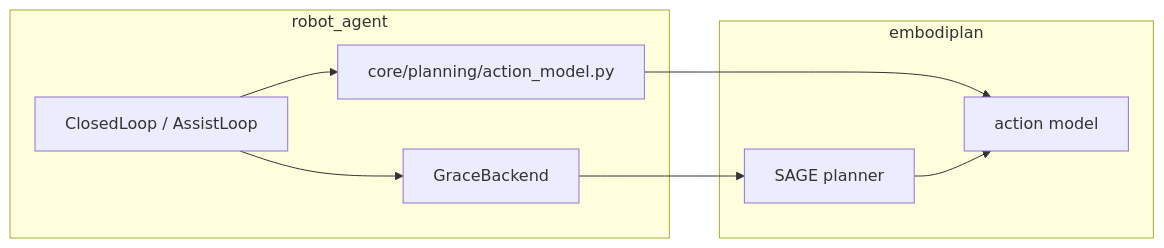
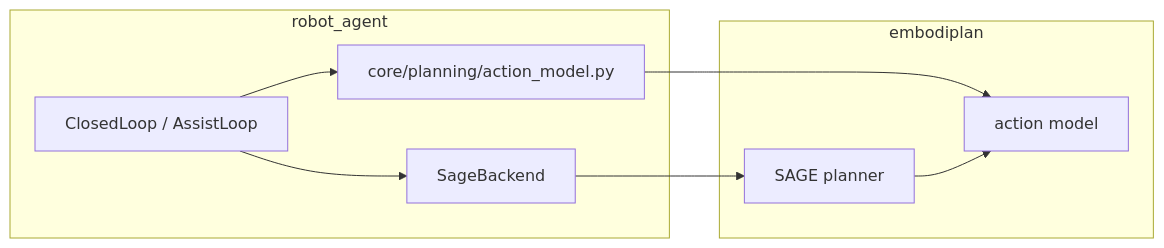
The diagram in website/docs/repos/embodiplan.md (mtbui2010/robot_agent), drawn with Mermaid before and after one commit. The commit also changed other lines of this file and 17 other files, not shown here.

First line of the commit message:
website: GRACE is now SAGE: planner names, bridges, links re-pinned to 5058637 with checked line ranges; benchmark page names the key robot_agent:grace as the benchmark's own

````diff
--- a/website/docs/repos/embodiplan.md
+++ b/website/docs/repos/embodiplan.md
@@ -27,15 +27,15 @@
 ```mermaid
 flowchart LR
   subgraph HUB[robot_agent]
     LOOP[ClosedLoop / AssistLoop]
-    GB[GraceBackend]
+    GB[SageBackend]
     AM[core/planning/action_model.py]
   end
   subgraph LIB[embodiplan]
     SAGE[SAGE planner]
     MODEL[action model]
   end
   LOOP --> GB --> SAGE
   LOOP --> AM --> MODEL
   SAGE --> MODEL
 ```
````
